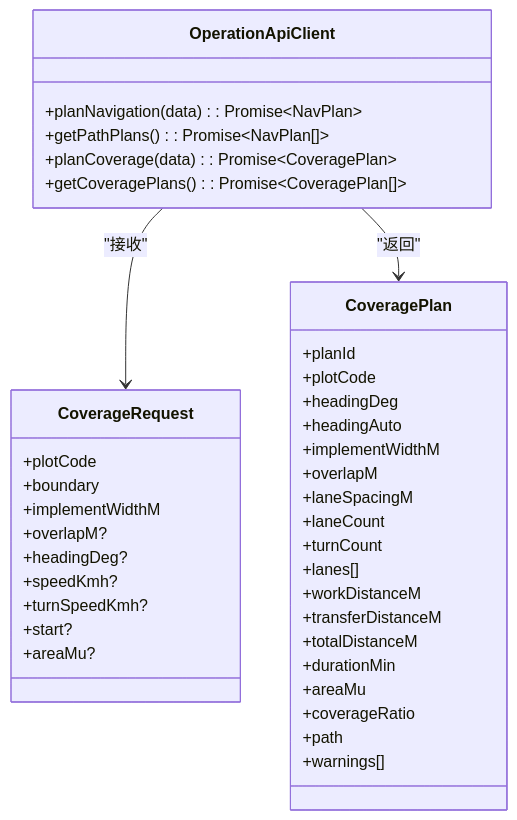
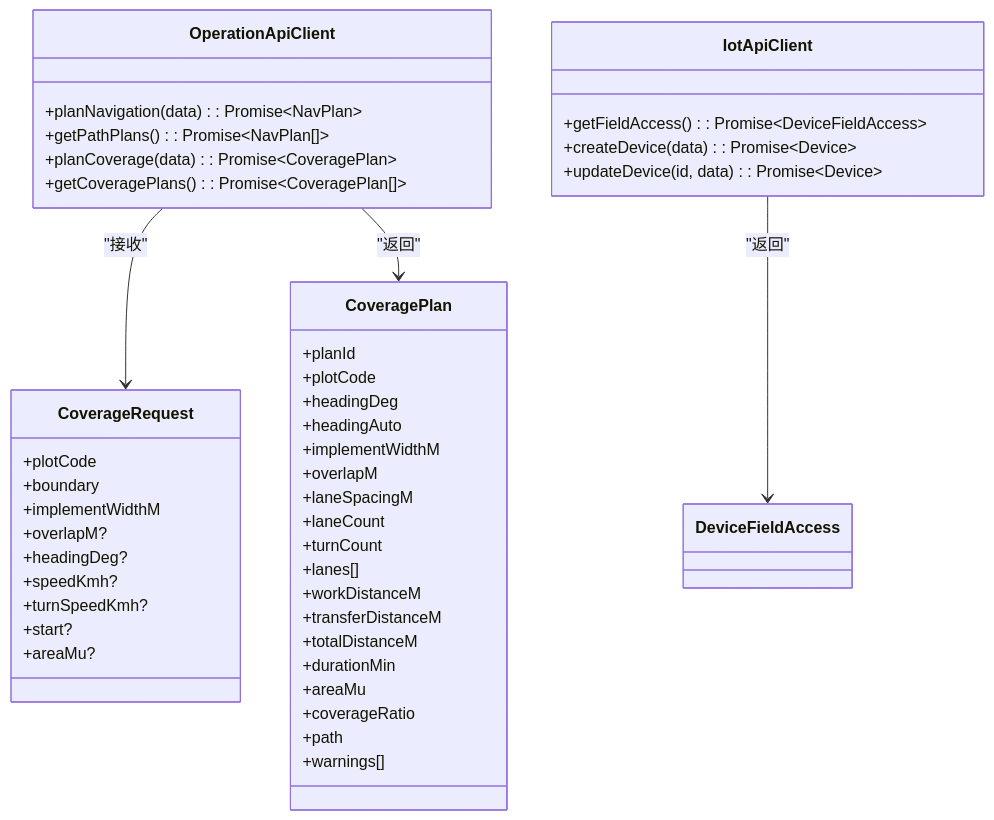
One commit to q446328246/agri-platform changed the ninth of 19 diagrams in .qoder/repowiki/zh/content/前端应用文档/API集成.md. Above: the diagram before and after it, drawn with Mermaid. The commit also changed other lines of this file and 25 other files, not shown here.

````diff
--- a/.qoder/repowiki/zh/content/前端应用文档/API集成.md
+++ b/.qoder/repowiki/zh/content/前端应用文档/API集成.md
@@ -391,42 +381,48 @@
 ```mermaid
 classDiagram
 class OperationApiClient {
 +planNavigation(data) : Promise~NavPlan~
 +getPathPlans() : Promise~NavPlan[]~
 +planCoverage(data) : Promise~CoveragePlan~
 +getCoveragePlans() : Promise~CoveragePlan[]~
+}
+class IotApiClient {
++getFieldAccess() : Promise~DeviceFieldAccess~
++createDevice(data) : Promise~Device~
++updateDevice(id, data) : Promise~Device~
 }
 class CoverageRequest {
 +plotCode
 +boundary
 +implementWidthM
 +overlapM?
 +headingDeg?
 +speedKmh?
 +turnSpeedKmh?
 +start?
 +areaMu?
 }
 class CoveragePlan {
 +planId
 +plotCode
 +headingDeg
 +headingAuto
 +implementWidthM
 +overlapM
 +laneSpacingM
 +laneCount
 +turnCount
 +lanes[]
 +workDistanceM
 +transferDistanceM
 +totalDistanceM
 +durationMin
 +areaMu
 +coverageRatio
 +path
 +warnings[]
 }
 OperationApiClient --> CoverageRequest : "接收"
 OperationApiClient --> CoveragePlan : "返回"
+IotApiClient --> DeviceFieldAccess : "返回"
 ```
````
